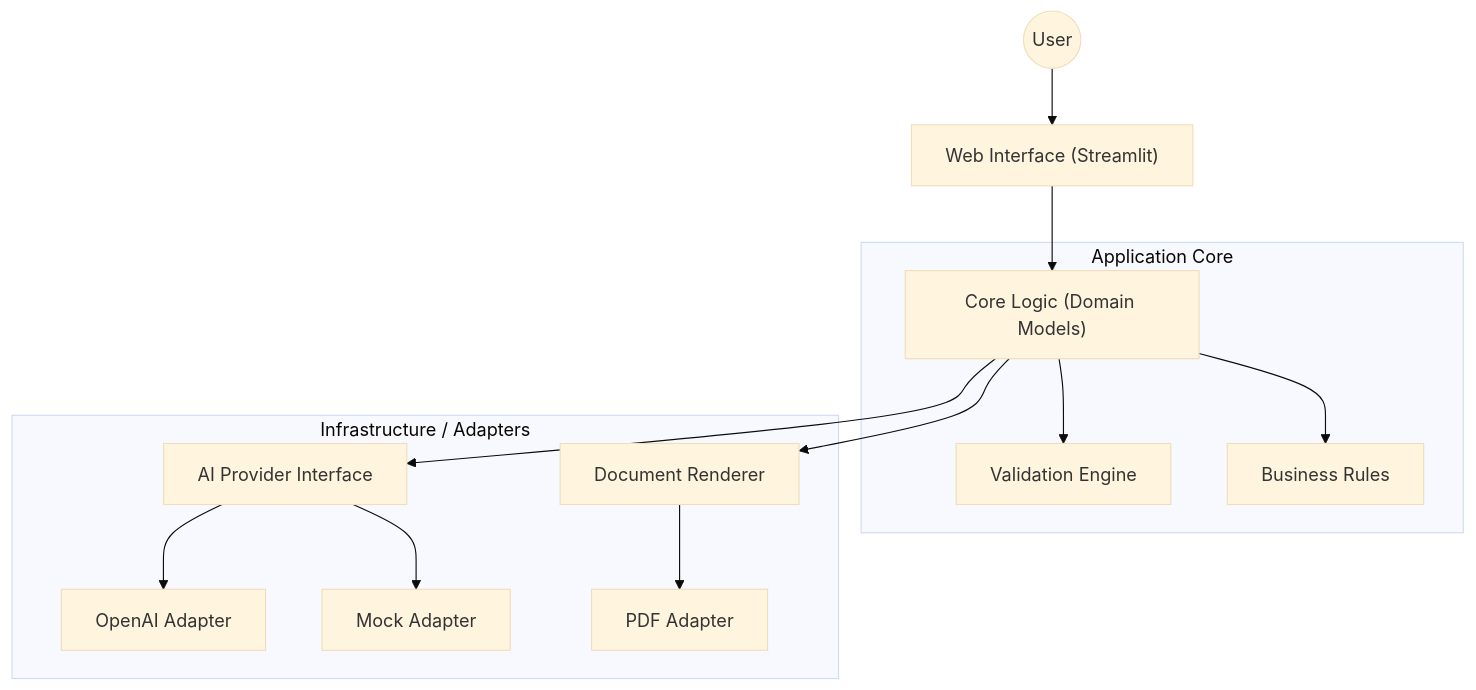
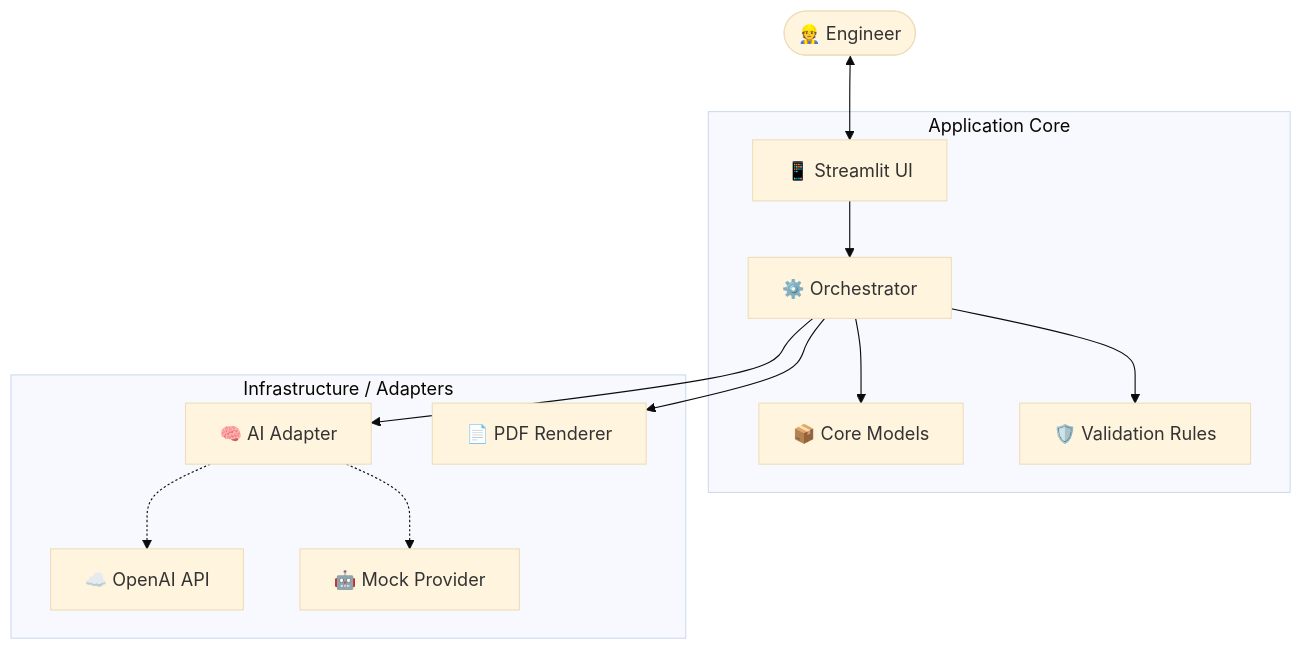
One commit to mirzazohaib/ai-test-procedure-generator changed the diagram in docs/ARCHITECTURE.md. Above: the diagram before and after it, drawn with Mermaid (base theme). The commit also changed other lines of this file and 7 other files, not shown here.

Commit message:
Refactor: Finalize architecture, cleanup legacy files, and add Azure config

````diff
--- a/docs/ARCHITECTURE.md
+++ b/docs/ARCHITECTURE.md
@@ -13,22 +13,17 @@
 ```mermaid
 graph TD
-    User((User)) --> Web["Web Interface (Streamlit)"]
-    Web --> Core["Core Logic (Domain Models)"]
+    User([👷 Engineer]) <--> UI[📱 Streamlit UI]
 
     subgraph "Application Core"
-        Core --> Validation[Validation Engine]
-        Core --> Rules[Business Rules]
+        UI --> Orchestrator[⚙️ Orchestrator]
+        Orchestrator --> Domain[📦 Core Models]
+        Orchestrator --> Rules[🛡️ Validation Rules]
     end
 
     subgraph "Infrastructure / Adapters"
-        AI_Port[AI Provider Interface]
-        PDF_Port[Document Renderer]
-
-        Core --> AI_Port
-        AI_Port --> OpenAI[OpenAI Adapter]
-        AI_Port --> Mock[Mock Adapter]
-
-        Core --> PDF_Port
-        PDF_Port --> ReportLab[PDF Adapter]
+        Orchestrator --> AI[🧠 AI Adapter]
+        Orchestrator --> PDF[📄 PDF Renderer]
+        AI -.-> OpenAI[☁️ OpenAI API]
+        AI -.-> Mock[🤖 Mock Provider]
     end
 ```
````
